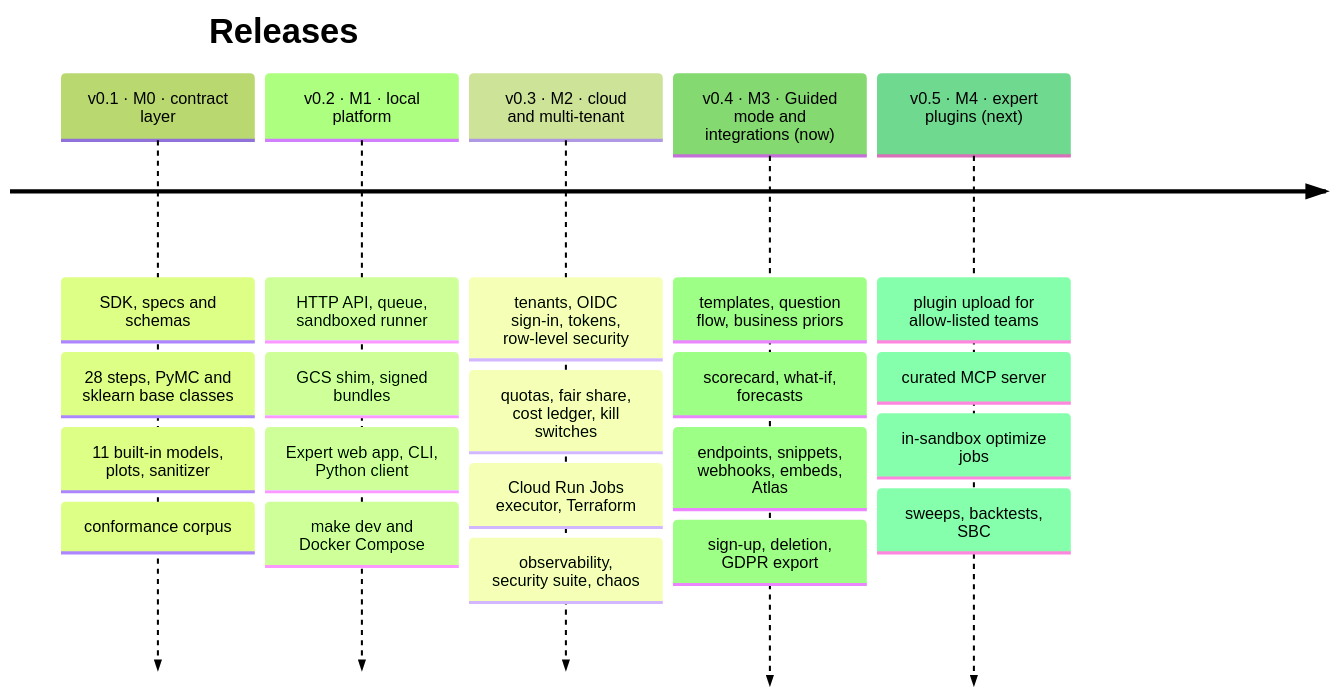
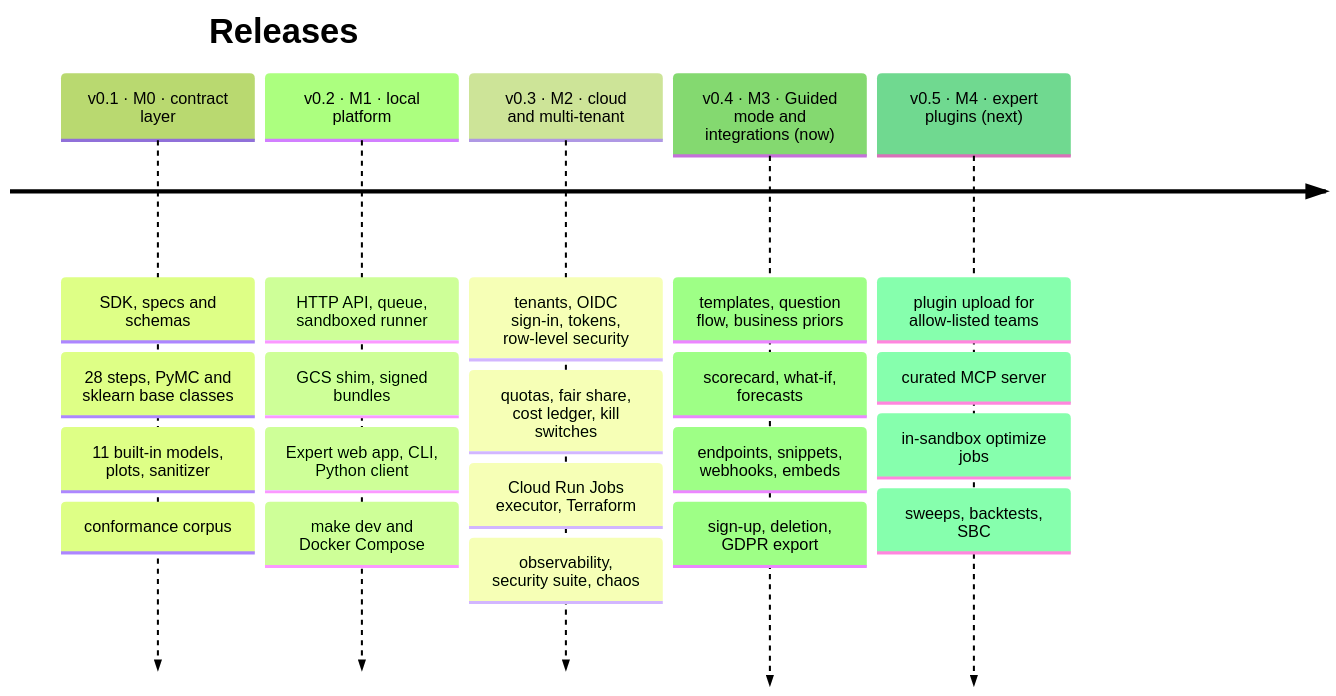
The diagram in docs/roadmap/index.md (redam94/modeling-api), drawn with Mermaid (forest theme) before and after one commit. The commit also changed other lines of this file and 42 other files, not shown here.

````diff
--- a/docs/roadmap/index.md
+++ b/docs/roadmap/index.md
@@ -8,9 +8,9 @@
 ```mermaid
 timeline
     title Releases
     v0.1 · M0 · contract layer : SDK, specs and schemas : 28 steps, PyMC and sklearn base classes : 11 built-in models, plots, sanitizer : conformance corpus
     v0.2 · M1 · local platform : HTTP API, queue, sandboxed runner : GCS shim, signed bundles : Expert web app, CLI, Python client : make dev and Docker Compose
     v0.3 · M2 · cloud and multi-tenant : tenants, OIDC sign-in, tokens, row-level security : quotas, fair share, cost ledger, kill switches : Cloud Run Jobs executor, Terraform : observability, security suite, chaos
-    v0.4 · M3 · Guided mode and integrations (now) : templates, question flow, business priors : scorecard, what-if, forecasts : endpoints, snippets, webhooks, embeds, Atlas : sign-up, deletion, GDPR export
+    v0.4 · M3 · Guided mode and integrations (now) : templates, question flow, business priors : scorecard, what-if, forecasts : endpoints, snippets, webhooks, embeds : sign-up, deletion, GDPR export
     v0.5 · M4 · expert plugins (next) : plugin upload for allow-listed teams : curated MCP server : in-sandbox optimize jobs : sweeps, backtests, SBC
 ```
````
